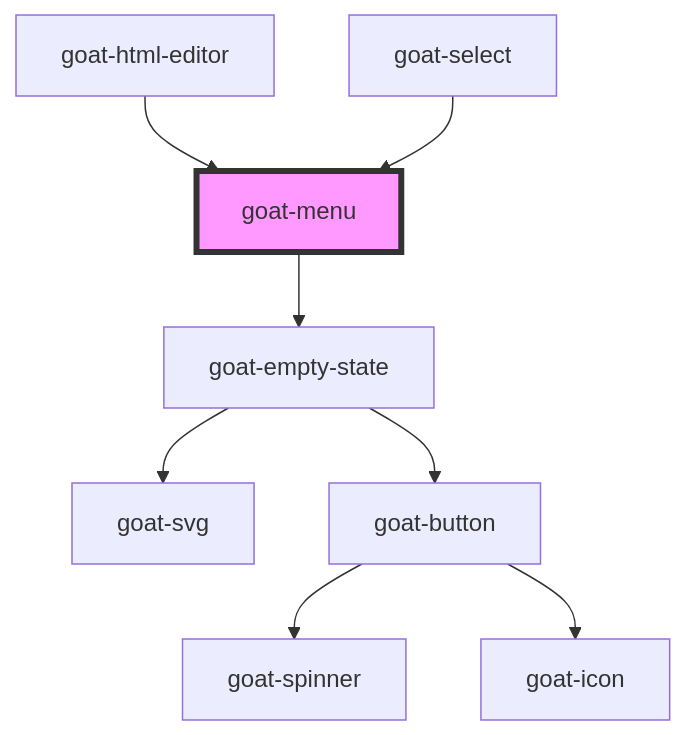
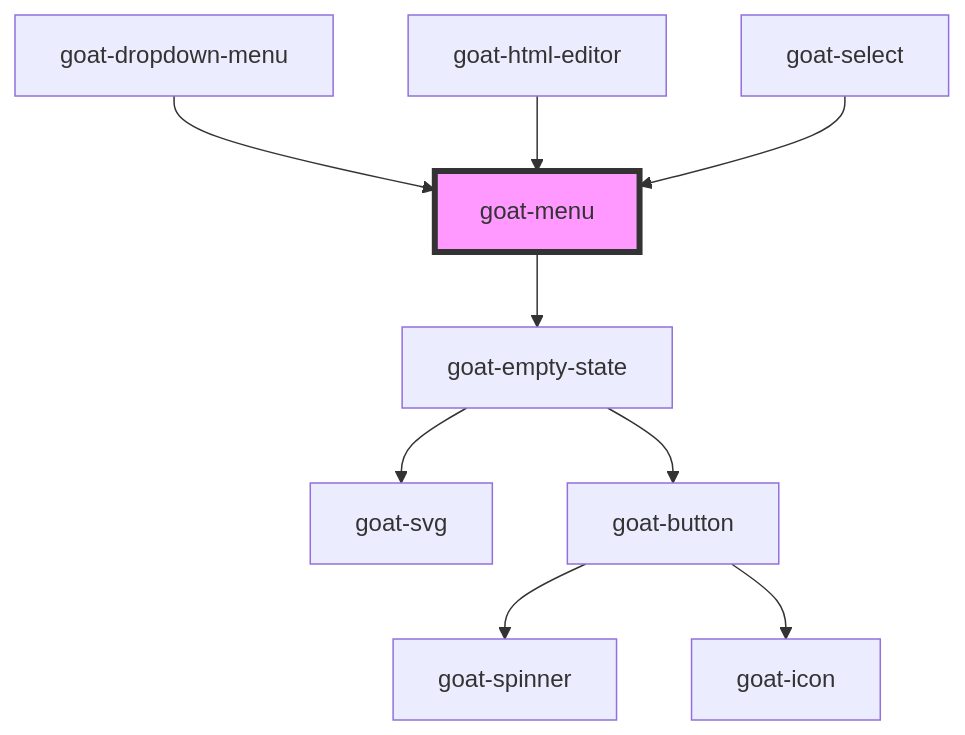
Before and after one commit to goatui/components: the diagram in src/components/navigation/menu/menu/readme.md, drawn with Mermaid. The commit also changed other lines of this file and 22 other files, not shown here.

````diff
--- a/src/components/navigation/menu/menu/readme.md
+++ b/src/components/navigation/menu/menu/readme.md
@@ -47,11 +57,12 @@
 ```mermaid
 graph TD;
   goat-menu --> goat-empty-state
   goat-empty-state --> goat-svg
   goat-empty-state --> goat-button
   goat-button --> goat-spinner
   goat-button --> goat-icon
+  goat-dropdown-menu --> goat-menu
   goat-html-editor --> goat-menu
   goat-select --> goat-menu
   style goat-menu fill:#f9f,stroke:#333,stroke-width:4px
 ```
````
